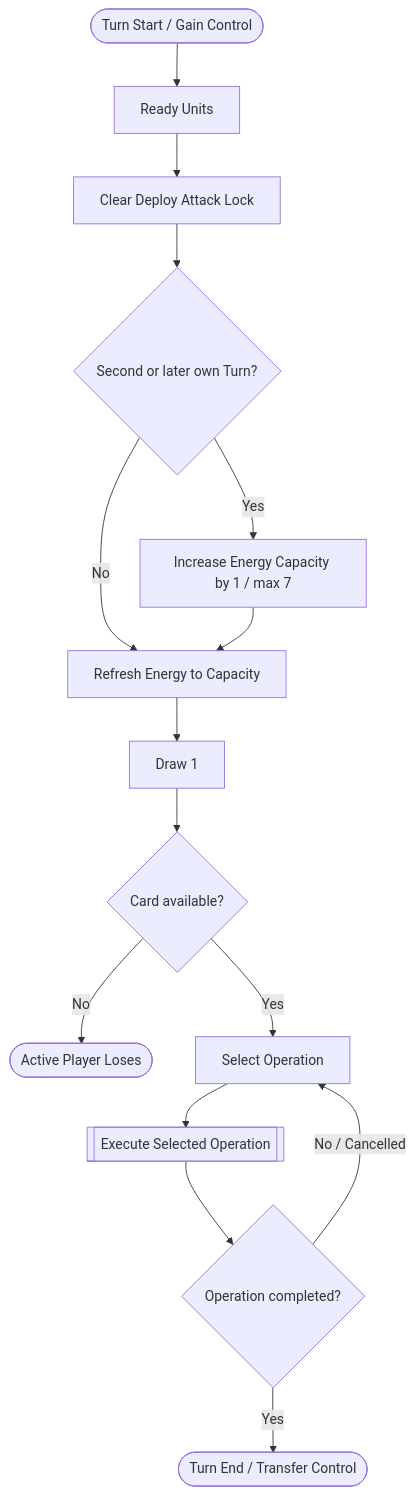
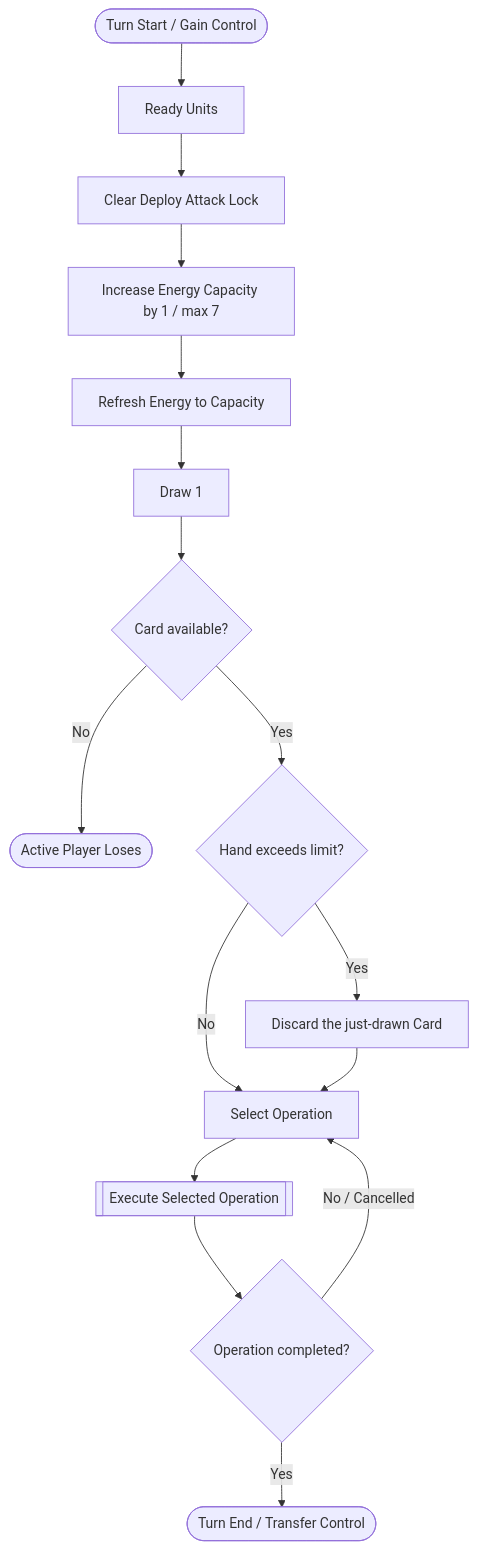
Before and after one commit to kjun1/card-game: the diagram in docs/process/turn-flow.md, drawn with Mermaid. The commit also changed other lines of this file and 6 other files, not shown here.

```diff
--- a/docs/process/turn-flow.md
+++ b/docs/process/turn-flow.md
@@ -33,17 +34,18 @@
 ~~~mermaid
 flowchart TD
     S([Turn Start / Gain Control]) --> R[Ready Units]
     R --> L[Clear Deploy Attack Lock]
-    L --> C{Second or later own Turn?}
-    C -- Yes --> U[Increase Energy Capacity by 1 / max 7]
-    C -- No --> E[Refresh Energy to Capacity]
-    U --> E
+    L --> U[Increase Energy Capacity by 1 / max 7]
+    U --> E[Refresh Energy to Capacity]
     E --> D[Draw 1]
     D --> Q{Card available?}
     Q -- No --> X([Active Player Loses])
-    Q -- Yes --> O[Select Operation]
+    Q -- Yes --> H{Hand exceeds limit?}
+    H -- Yes --> HD[Discard the just-drawn Card]
+    H -- No --> O[Select Operation]
+    HD --> O
     O --> P[[Execute Selected Operation]]
     P --> F{Operation completed?}
     F -- No / Cancelled --> O
     F -- Yes --> T([Turn End / Transfer Control])
 ~~~
```
